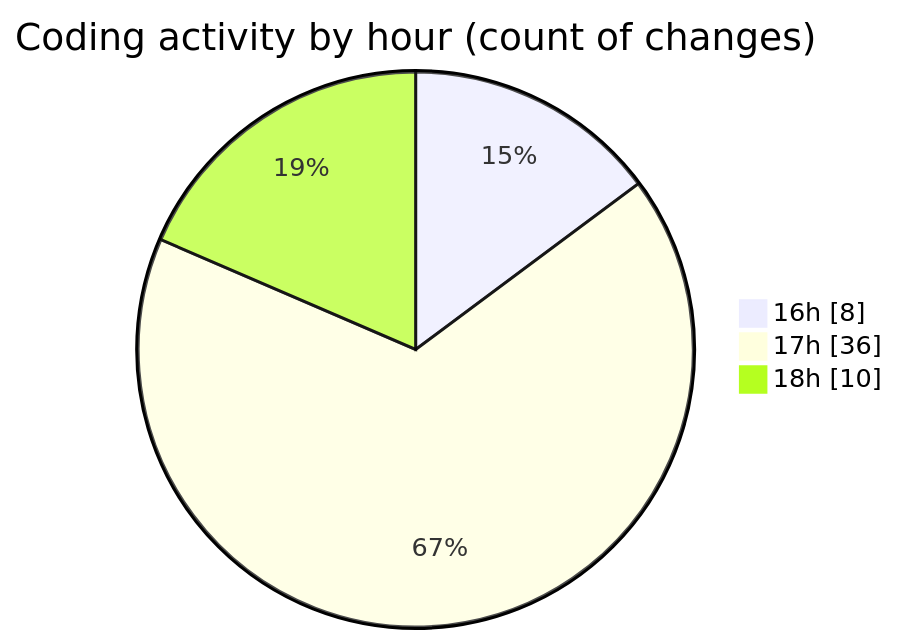
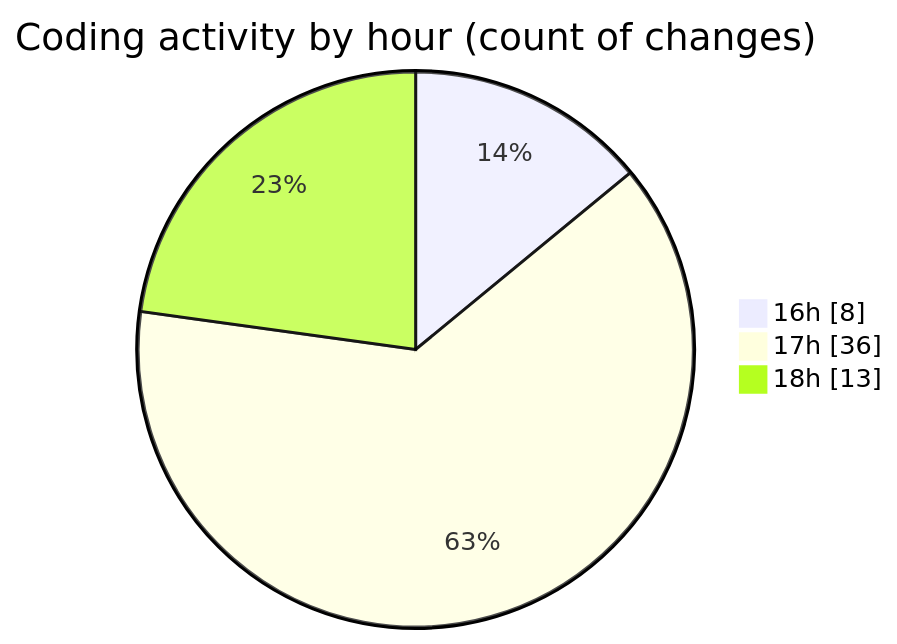
One commit to robertbonfada/code-tracking changed the second of 2 diagrams in 2025-01-08/mbc-web/README.md. Above: the diagram before and after it, drawn with Mermaid. The commit also changed other lines of this file and 1 other file, not shown here.

````diff
--- a/2025-01-08/mbc-web/README.md
+++ b/2025-01-08/mbc-web/README.md
@@ -44,7 +44,7 @@
 ```mermaid
 pie showData
 title Coding activity by hour (count of changes)
 "16h" : 8
 "17h" : 36
-"18h" : 10
+"18h" : 13
 ```
````
